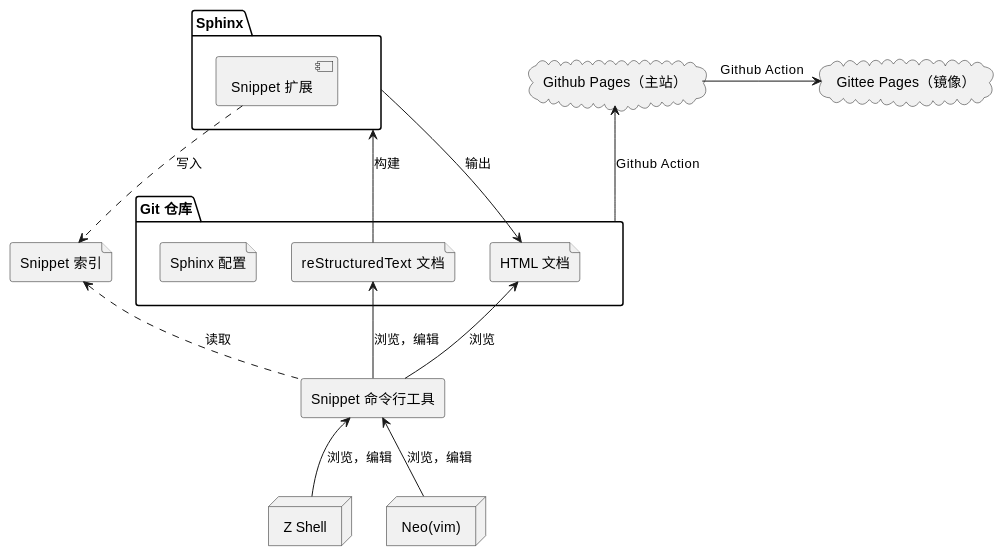
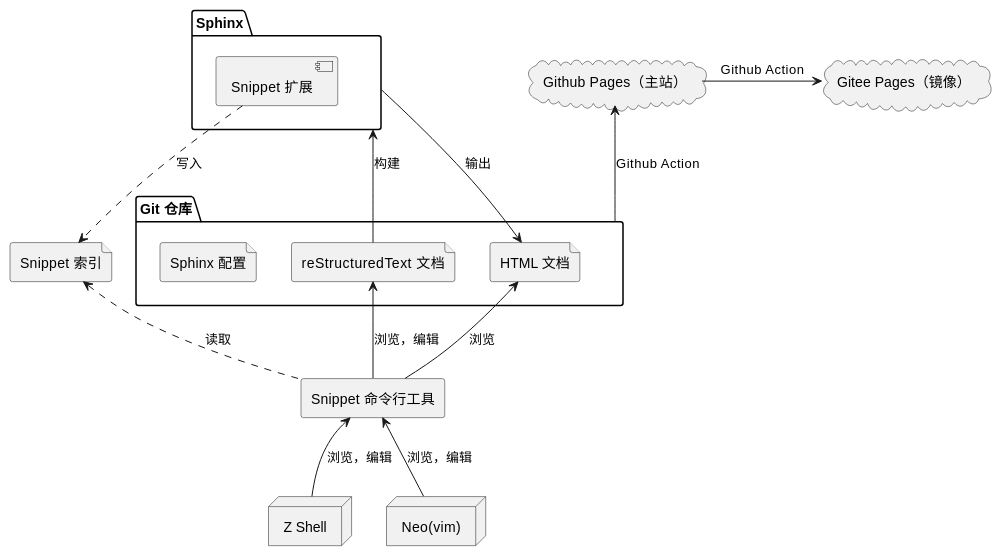
One commit to SilverRainZ/silverrainz.github.io changed the first of 5 diagrams in blog/sphinx-as-note-taking-system-2.rst. Above: the diagram before and after it, drawn with PlantUML.

Commit message:
Correct typo (via github.dev)

```diff
--- a/blog/sphinx-as-note-taking-system-2.rst
+++ b/blog/sphinx-as-note-taking-system-2.rst
@@ -19,31 +19,31 @@
 .. uml::
    :caption: 笔记系统架构
 
    folder "Git 仓库"  as repo {
       file "Sphinx 配置"
       file "reStructuredText 文档" as rst
       file "HTML 文档" as html
    }
 
    package "Sphinx" as sphinx {
       component "Snippet 扩展" as snippet.ext
    }
    sphinx -u-> html: 输出
    rst -u-> sphinx: 构建
 
    cloud pages.github as "Github Pages（主站）"
-   cloud pages.gitee as "Gittee Pages（镜像）"
+   cloud pages.gitee as "Gitee Pages（镜像）"
    repo -u-> pages.github: Github Action
    pages.github -> pages.gitee: Github Action
 
    file "Snippet 索引"  as snippet.cache
    agent "Snippet 命令行工具" as snippet.cli
    snippet.cli .u.> snippet.cache: 读取
    snippet.ext .d.> snippet.cache: 写入
    snippet.cli -u-> html: 浏览
    snippet.cli -u-> rst: 浏览，编辑
 
    node shell as "Z Shell"
    node editor as "Neo(vim)"
    shell -u-> snippet.cli: 浏览，编辑
    editor -u-> snippet.cli: 浏览，编辑
```
